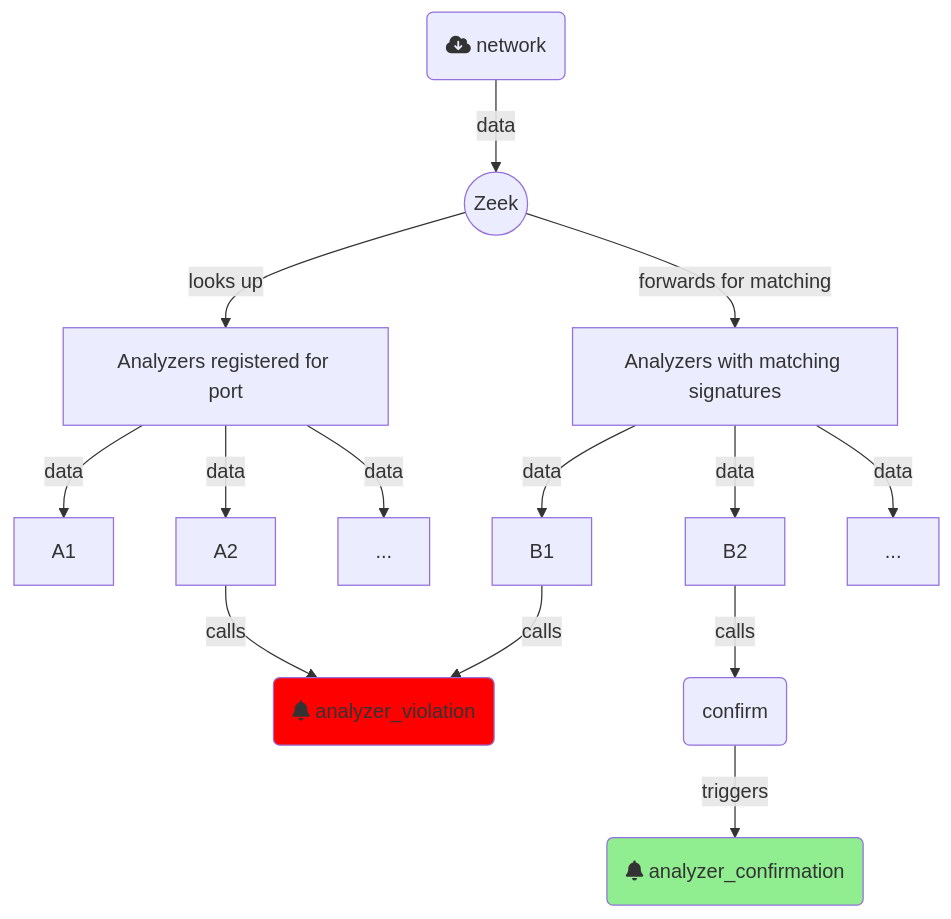
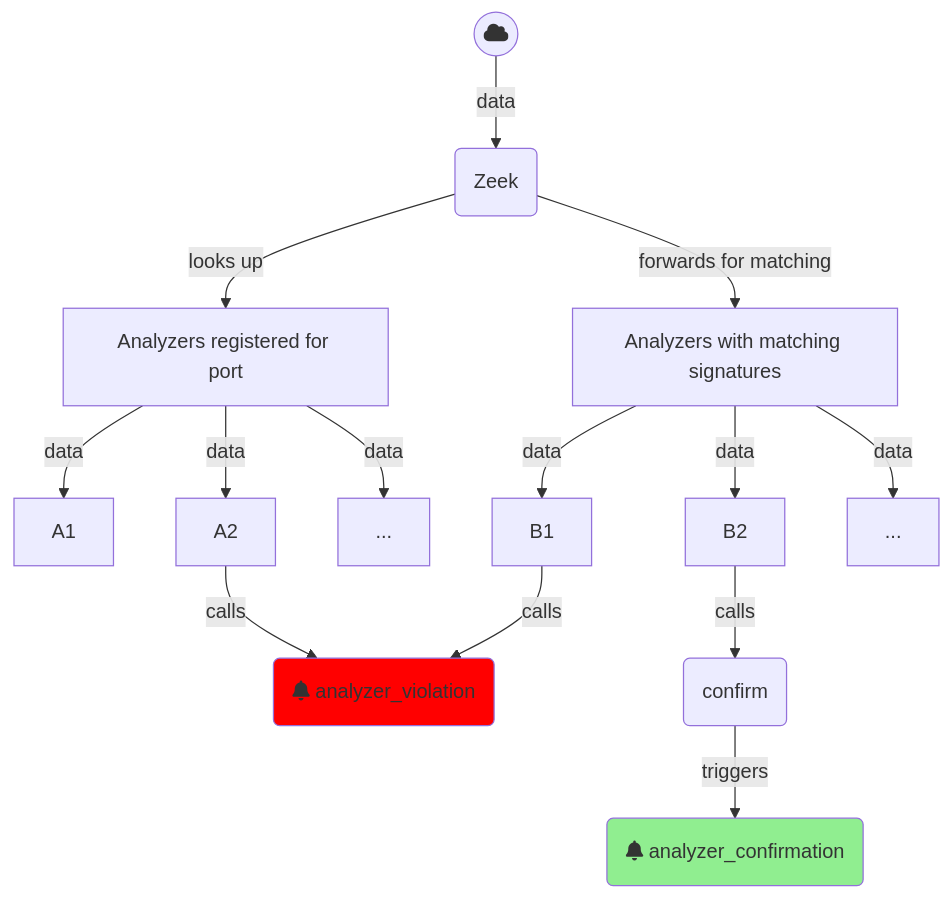
Before and after one commit to bbannier/spicy-course: the diagram in src/zeek_protocol_analyzers.md, drawn with Mermaid.

````diff
--- a/src/zeek_protocol_analyzers.md
+++ b/src/zeek_protocol_analyzers.md
@@ -71,26 +71,26 @@
 ```mermaid
 flowchart TD
-    N(fa:fa-cloud-download network) -->|data| Z((Zeek))
+    N((fa:fa-cloud)) -->|data| Z(Zeek)
     Z -->|looks up| Reg[Analyzers registered for port]
     Z --> |forwards for matching| dpd[Analyzers with matching signatures]
 
     Reg -->|data| A1
     Reg --> |data|A2
     Reg --> |data|AN[...]
 
     dpd -->|data| B1
     dpd --> |data|B2
     dpd --> |data|BN[...]
 
     AC(fa:fa-bell analyzer_confirmation)
     style AC fill:lightgreen
 
     AV(fa:fa-bell analyzer_violation)
     style AV fill:red
 
     B2 -->|calls| C(confirm)
     C -->|triggers| AC
 
     A2 -->|calls| AV
     B1 -->|calls| AV
 ```
````
